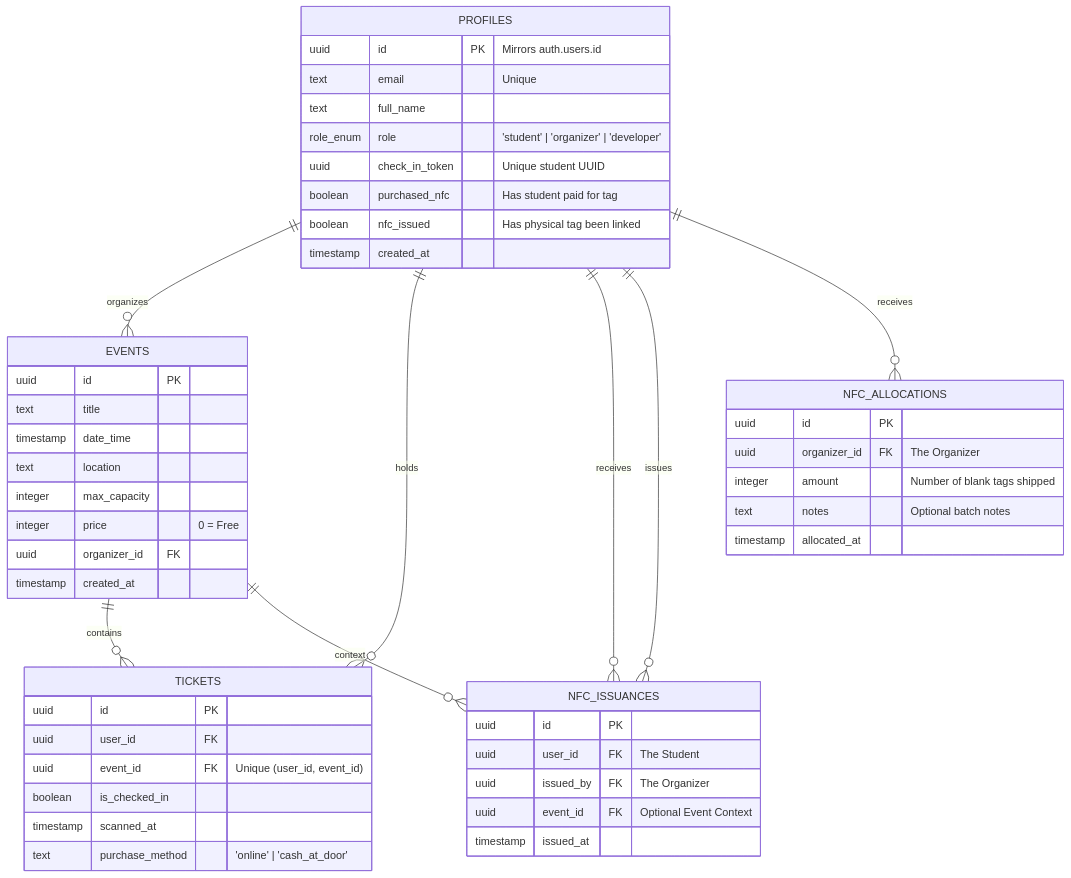
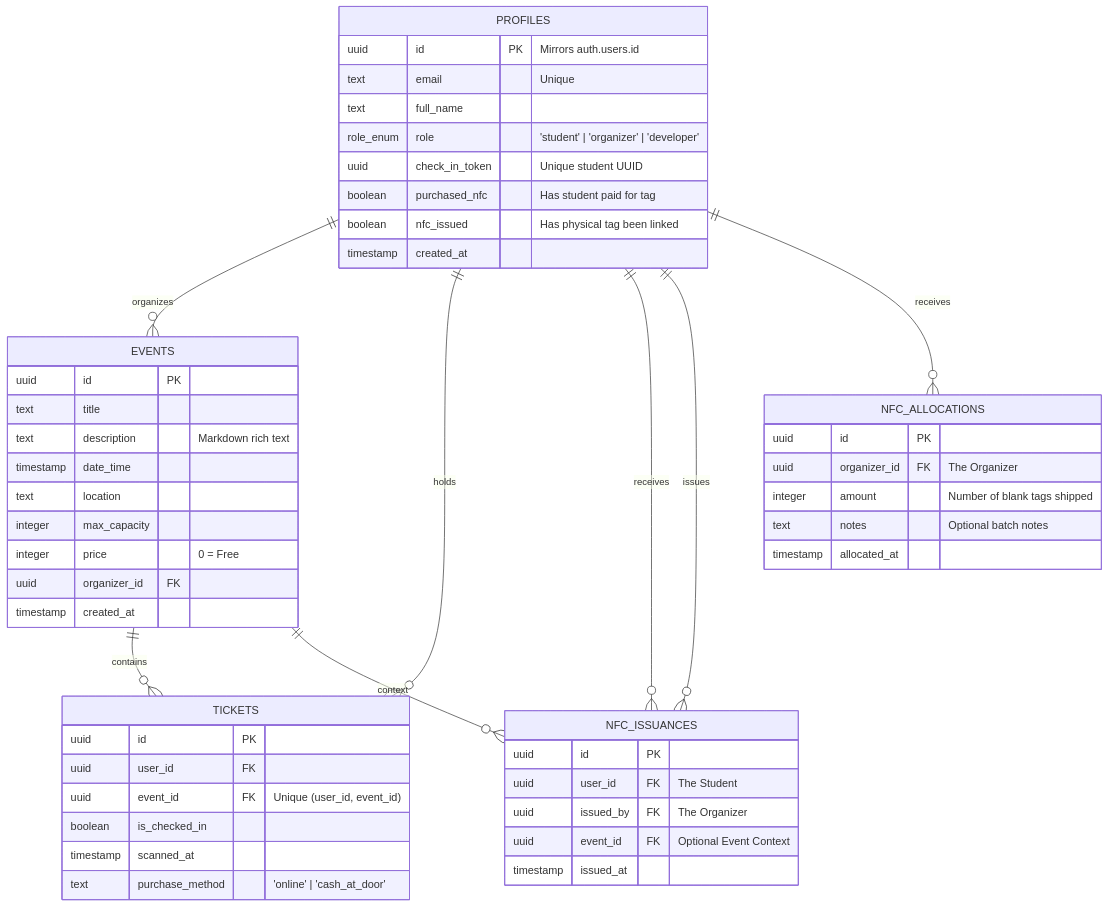
The first of 4 diagrams in PROJECT_CONTEXT.md (aungmoe32/CETDIS), drawn with Mermaid before and after one commit. The commit also changed other lines of this file and 11 other files, not shown here.

Commit message:
feat: integrate rich text description support into event schema and UI components

````diff
--- a/PROJECT_CONTEXT.md
+++ b/PROJECT_CONTEXT.md
@@ -42,57 +42,58 @@
 ```mermaid
 erDiagram
     PROFILES ||--o{ EVENTS : organizes
     PROFILES ||--o{ TICKETS : holds
     EVENTS ||--o{ TICKETS : contains
     PROFILES ||--o{ NFC_ISSUANCES : receives
     PROFILES ||--o{ NFC_ISSUANCES : issues
     EVENTS ||--o{ NFC_ISSUANCES : context
     PROFILES ||--o{ NFC_ALLOCATIONS : receives
 
     PROFILES {
         uuid id PK "Mirrors auth.users.id"
         text email "Unique"
         text full_name
         role_enum role "'student' | 'organizer' | 'developer'"
         uuid check_in_token "Unique student UUID"
         boolean purchased_nfc "Has student paid for tag"
         boolean nfc_issued "Has physical tag been linked"
         timestamp created_at
     }
 
     EVENTS {
         uuid id PK
         text title
+        text description "Markdown rich text"
         timestamp date_time
         text location
         integer max_capacity
         integer price "0 = Free"
         uuid organizer_id FK
         timestamp created_at
     }
 
     TICKETS {
         uuid id PK
         uuid user_id FK
         uuid event_id FK "Unique (user_id, event_id)"
         boolean is_checked_in
         timestamp scanned_at
         text purchase_method "'online' | 'cash_at_door'"
     }
 
     NFC_ISSUANCES {
         uuid id PK
         uuid user_id FK "The Student"
         uuid issued_by FK "The Organizer"
         uuid event_id FK "Optional Event Context"
         timestamp issued_at
     }
 
     NFC_ALLOCATIONS {
         uuid id PK
         uuid organizer_id FK "The Organizer"
         integer amount "Number of blank tags shipped"
         text notes "Optional batch notes"
         timestamp allocated_at
     }
 ```
````
